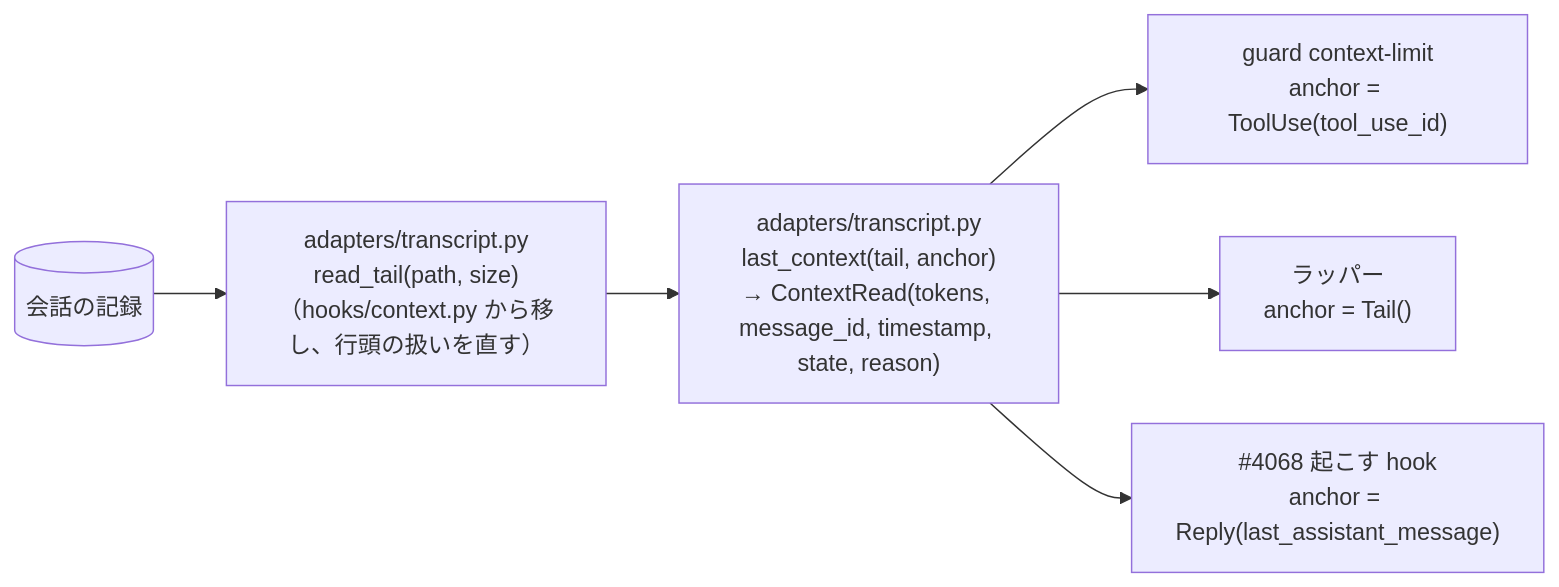
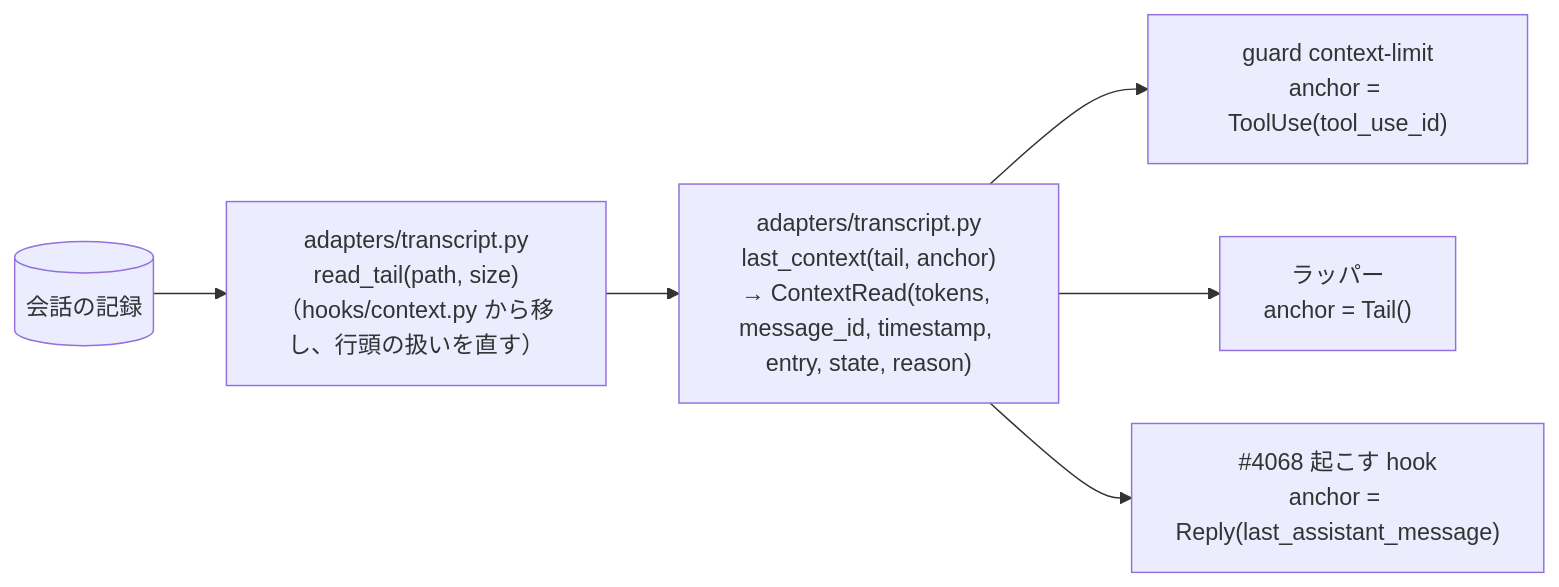
The second of 3 diagrams in issues/issue-4089-design.md (devbasex/ai-plugins), drawn with Mermaid before and after one commit. The commit also changed other lines of this file and 2 other files, not shown here.

````diff
--- a/issues/issue-4089-design.md
+++ b/issues/issue-4089-design.md
@@ -40,13 +40,13 @@
 ```mermaid
 flowchart LR
   F[(会話の記録)]
   RT["adapters/transcript.py<br/>read_tail(path, size)<br/>（hooks/context.py から移し、行頭の扱いを直す）"]
-  R["adapters/transcript.py<br/>last_context(tail, anchor)<br/>→ ContextRead(tokens, message_id, timestamp, state, reason)"]
+  R["adapters/transcript.py<br/>last_context(tail, anchor)<br/>→ ContextRead(tokens, message_id, timestamp, entry, state, reason)"]
   G["guard context-limit<br/>anchor = ToolUse(tool_use_id)"]
   W["ラッパー<br/>anchor = Tail()"]
   K["#4068 起こす hook<br/>anchor = Reply(last_assistant_message)"]
   F --> RT --> R
   R --> G
   R --> W
   R --> K
 ```
````
